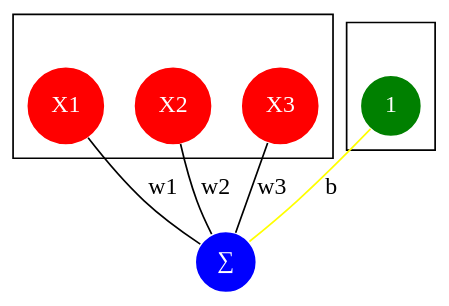
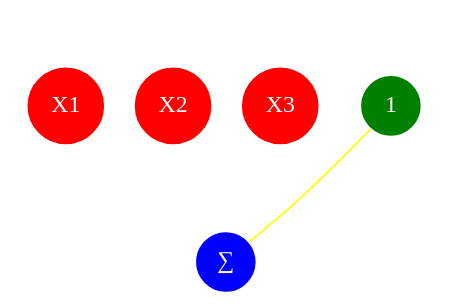
Before and after one commit to cd-public/ai101: the second of 3 diagrams in src/70_perceptron.qmd, drawn with Graphviz. The commit also changed 257 other files, not shown here.

````diff
--- a/src/70_perceptron.qmd
+++ b/src/70_perceptron.qmd
@@ -450,29 +450,33 @@
 ```{dot}
+// | echo: false
 graph PerceptronWithBias {
     rankdir=TD;
     bgcolor="transparent"  
     node [shape=circle, fontcolor = "#ffffff", color = "#ffffff"]
+    edge [color="white", fontcolor="white";];
     
     subgraph cluster_input {
         label="Inputs";
         fontcolor="white";
+        color="white";
         node [style=filled, fillcolor="red"];
         X1; X2; X3;
     }
 
     subgraph cluster_bias {
         label="Bias";
         fontcolor="white";
+        color="white";
         node [style=filled, fillcolor="green"];
         B [label="1"];
     }
 
     node [style=filled, fillcolor="blue"];
     Neuron [label="∑"];
 
     X1 -- Neuron [label="w1"];
     X2 -- Neuron [label="w2"];
     X3 -- Neuron [label="w3"];
     B  -- Neuron [label="b", color="yellow"];
 }
 ```
````
